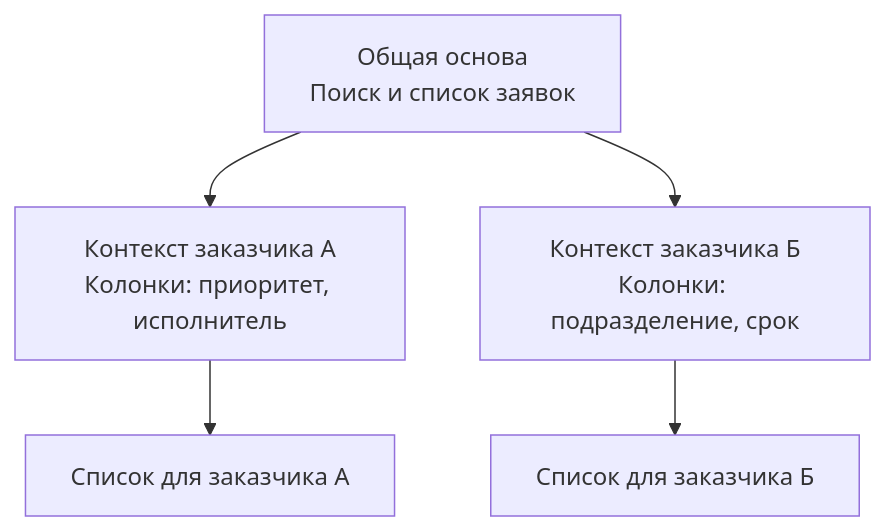
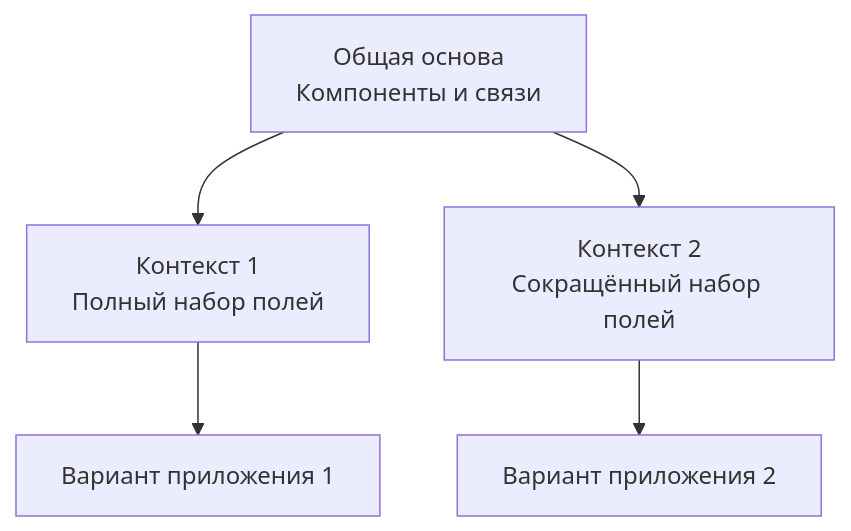
The first of 2 diagrams in docs/product-v2/context.md (endge-lab/configurator-docs), drawn with Mermaid before and after one commit. The commit also changed other lines of this file and 6 other files, not shown here.

````diff
--- a/docs/product-v2/context.md
+++ b/docs/product-v2/context.md
@@ -9,13 +9,13 @@
 ```mermaid
 flowchart TB
-  MODEL["Общая основа<br/>Поиск и список заявок"]
-  A["Контекст заказчика А<br/>Колонки: приоритет, исполнитель"]
-  B["Контекст заказчика Б<br/>Колонки: подразделение, срок"]
-  VIEW_A["Список для заказчика А"]
-  VIEW_B["Список для заказчика Б"]
+  MODEL["Общая основа<br/>Компоненты и связи"]
+  A["Контекст 1<br/>Полный набор полей"]
+  B["Контекст 2<br/>Сокращённый набор полей"]
+  VIEW_A["Вариант приложения 1"]
+  VIEW_B["Вариант приложения 2"]
   MODEL --> A --> VIEW_A
   MODEL --> B --> VIEW_B
   class MODEL endgeRegistry
   class A,B endgeInput
   class VIEW_A,VIEW_B endgeSuccess
 ```
````
